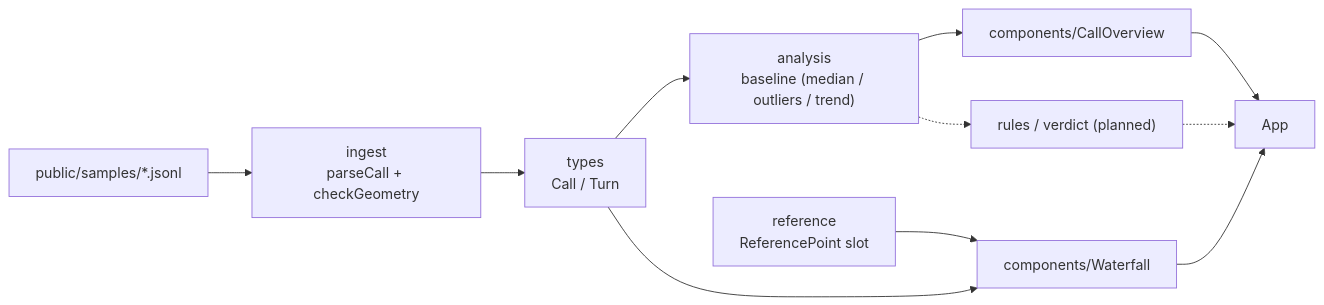
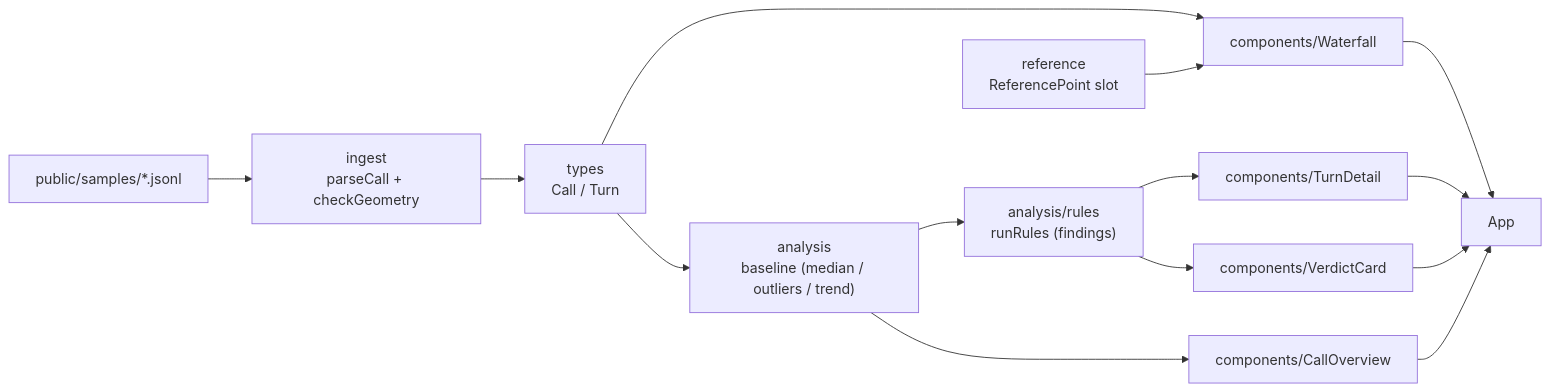
The first of 2 diagrams in documentation/ARCHITECTURE.md (emmettralston/Voice-Agent-Latency-Profiler), drawn with Mermaid before and after one commit. The commit also changed other lines of this file and 13 other files, not shown here.

Commit message:
Add rule engine with ranked findings and verdict card

````diff
--- a/documentation/ARCHITECTURE.md
+++ b/documentation/ARCHITECTURE.md
@@ -23,13 +26,16 @@
 ```mermaid
 flowchart LR
   samples["public/samples/*.jsonl"] --> ingest["ingest<br/>parseCall + checkGeometry"]
   ingest --> types["types<br/>Call / Turn"]
   types --> analysis["analysis<br/>baseline (median / outliers / trend)"]
   types --> waterfall["components/Waterfall"]
   analysis --> overview["components/CallOverview"]
+  analysis --> rules["analysis/rules<br/>runRules (findings)"]
   reference["reference<br/>ReferencePoint slot"] --> waterfall
+  rules --> verdict["components/VerdictCard"]
+  rules --> detail["components/TurnDetail"]
   overview --> app["App"]
   waterfall --> app
-  analysis -.-> rules["rules / verdict (planned)"]
-  rules -.-> app
+  verdict --> app
+  detail --> app
 ```
````
